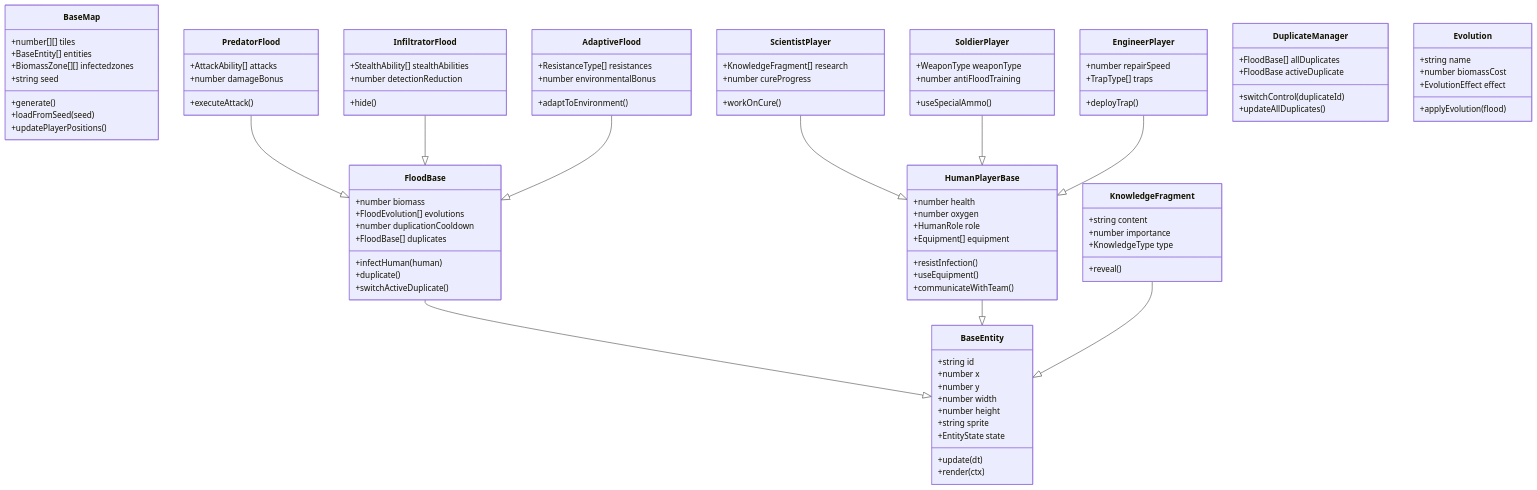
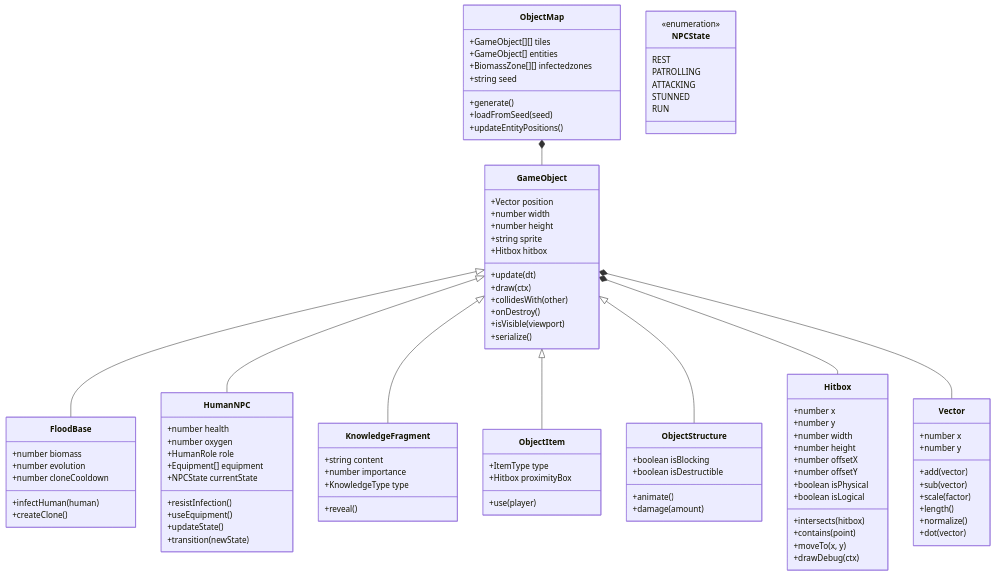
One commit to MAAN-STUDIOS/base-human-edition changed the diagram in README.md. Above: the diagram before and after it, drawn with Mermaid. The commit also changed other lines of this file and 2 other files, not shown here.

````diff
--- a/README.md
+++ b/README.md
@@ -298,45 +305,47 @@
 ```mermaid
 classDiagram
-    class BaseEntity {
-        +string id
-        +number x
-        +number y
+    class GameObject {
+        +Vector position
         +number width
         +number height
         +string sprite
-        +EntityState state
+        +Hitbox hitbox
         +update(dt)
-        +render(ctx)
+        +draw(ctx)
+        +collidesWith(other)
+        +onDestroy()
+        +isVisible(viewport)
+        +serialize()
     }
 
     class FloodBase {
         +number biomass
-        +FloodEvolution[] evolutions
-        +number duplicationCooldown
-        +FloodBase[] duplicates
+        +number evolution
+        +number cloneCooldown
         +infectHuman(human)
-        +duplicate()
-        +switchActiveDuplicate()
+        +createClone()
     }
 
-    class HumanPlayerBase {
+    class HumanNPC {
         +number health
         +number oxygen
         +HumanRole role
         +Equipment[] equipment
         +resistInfection()
         +useEquipment()
-        +communicateWithTeam()
+        +NPCState currentState
+        +updateState()
+        +transition(newState)
     }
 
-    class BaseMap {
-        +number[][] tiles
-        +BaseEntity[] entities
+    class ObjectMap {
+        +GameObject[][] tiles
+        +GameObject[] entities
         +BiomassZone[][] infectedzones
         +string seed
         +generate()
         +loadFromSeed(seed)
-        +updatePlayerPositions()
+        +updateEntityPositions()
     }
 
     class KnowledgeFragment {
@@ -346,63 +355,60 @@
         +reveal()
     }
 
-    class PredatorFlood {
-        +AttackAbility[] attacks
-        +number damageBonus
-        +executeAttack()
+    class Vector {
+        +number x
+        +number y
+        +add(vector)
+        +sub(vector)
+        +scale(factor)
+        +length()
+        +normalize()
+        +dot(vector)
     }
 
-    class InfiltratorFlood {
-        +StealthAbility[] stealthAbilities
-        +number detectionReduction
-        +hide()
+    class Hitbox {
+        +number x
+        +number y
+        +number width
+        +number height
+        +number offsetX
+        +number offsetY
+        +boolean isPhysical
+        +boolean isLogical
+        +intersects(hitbox)
+        +contains(point)
+        +moveTo(x, y)
+        +drawDebug(ctx)
     }
 
-    class AdaptiveFlood {
-        +ResistanceType[] resistances
-        +number environmentalBonus
-        +adaptToEnvironment()
+    class ObjectItem {
+        +ItemType type
+        +use(player)
+        +Hitbox proximityBox
     }
 
-    class ScientistPlayer {
-        +KnowledgeFragment[] research
-        +number cureProgress
-        +workOnCure()
+    class ObjectStructure {
+        +boolean isBlocking
+        +boolean isDestructible
+        +animate()
+        +damage(amount)
     }
 
-    class SoldierPlayer {
-        +WeaponType weaponType
-        +number antiFloodTraining
-        +useSpecialAmmo()
+    class NPCState {
+        <<enumeration>>
+        REST
+        PATROLLING
+        ATTACKING
+        STUNNED
+        RUN
     }
 
-    class EngineerPlayer {
-        +number repairSpeed
-        +TrapType[] traps
-        +deployTrap()
-    }
-
-    class DuplicateManager {
-        +FloodBase[] allDuplicates
-        +FloodBase activeDuplicate
-        +switchControl(duplicateId)
-        +updateAllDuplicates()
-    }
-
-    class Evolution {
-        +string name
-        +number biomassCost
-        +EvolutionEffect effect
-        +applyEvolution(flood)
-    }
-
-    FloodBase --|> BaseEntity
-    HumanPlayerBase --|> BaseEntity
-    KnowledgeFragment --|> BaseEntity
-    PredatorFlood --|> FloodBase
-    InfiltratorFlood --|> FloodBase
-    AdaptiveFlood --|> FloodBase
-    ScientistPlayer --|> HumanPlayerBase
-    SoldierPlayer --|> HumanPlayerBase
-    EngineerPlayer --|> HumanPlayerBase
+    GameObject <|-- FloodBase
+    GameObject <|-- HumanNPC
+    GameObject <|-- KnowledgeFragment
+    GameObject <|-- ObjectItem
+    GameObject <|-- ObjectStructure
+    GameObject *-- Hitbox
+    GameObject *-- Vector
+    ObjectMap *-- GameObject
 ```
````
